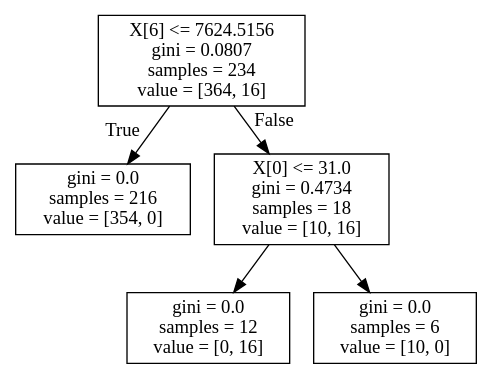
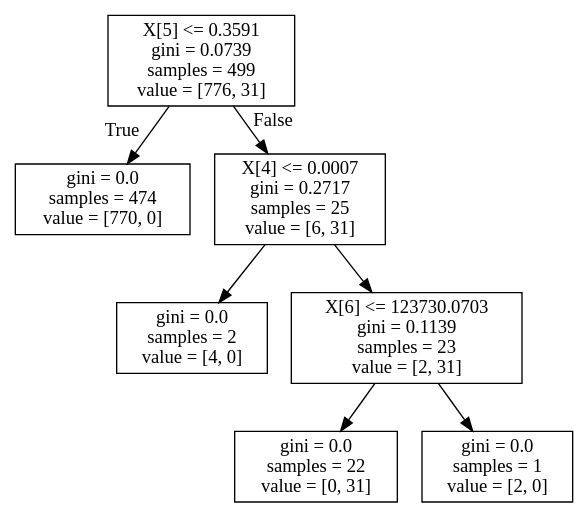
The diagram in 0.dot (imwack/facebook), drawn with Graphviz before and after one commit. The commit also changed 18 other files, not shown here.

```diff
--- a/0.dot
+++ b/0.dot
@@ -1,12 +1,16 @@
 digraph Tree {
 node [shape=box] ;
-0 [label="X[6] <= 7624.5156\ngini = 0.0807\nsamples = 234\nvalue = [364, 16]"] ;
-1 [label="gini = 0.0\nsamples = 216\nvalue = [354, 0]"] ;
+0 [label="X[5] <= 0.3591\ngini = 0.0739\nsamples = 499\nvalue = [776, 31]"] ;
+1 [label="gini = 0.0\nsamples = 474\nvalue = [770, 0]"] ;
 0 -> 1 [labeldistance=2.5, labelangle=45, headlabel="True"] ;
-2 [label="X[0] <= 31.0\ngini = 0.4734\nsamples = 18\nvalue = [10, 16]"] ;
+2 [label="X[4] <= 0.0007\ngini = 0.2717\nsamples = 25\nvalue = [6, 31]"] ;
 0 -> 2 [labeldistance=2.5, labelangle=-45, headlabel="False"] ;
-3 [label="gini = 0.0\nsamples = 12\nvalue = [0, 16]"] ;
+3 [label="gini = 0.0\nsamples = 2\nvalue = [4, 0]"] ;
 2 -> 3 ;
-4 [label="gini = 0.0\nsamples = 6\nvalue = [10, 0]"] ;
+4 [label="X[6] <= 123730.0703\ngini = 0.1139\nsamples = 23\nvalue = [2, 31]"] ;
 2 -> 4 ;
+5 [label="gini = 0.0\nsamples = 22\nvalue = [0, 31]"] ;
+4 -> 5 ;
+6 [label="gini = 0.0\nsamples = 1\nvalue = [2, 0]"] ;
+4 -> 6 ;
 }
```
